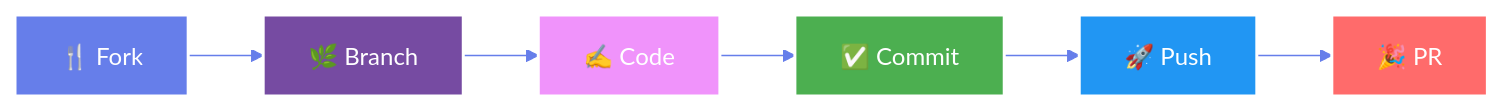
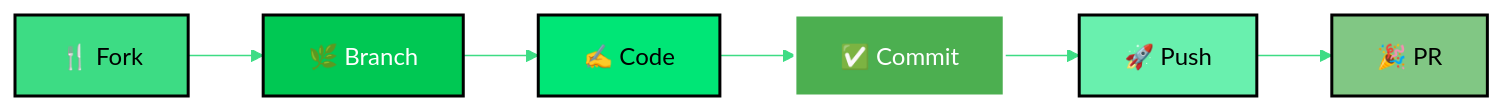
Before and after one commit to DAlgoSculptor/Alzajeera-News-App: the third of 3 diagrams in README.md, drawn with Mermaid. The commit also changed other lines of this file, not shown here.

````diff
--- a/README.md
+++ b/README.md
@@ -601,16 +803,16 @@
 ```mermaid
-%%{init: {'theme':'base', 'themeVariables': { 'primaryColor':'#667eea','primaryTextColor':'#fff','primaryBorderColor':'#764ba2','lineColor':'#667eea'}}}%%
+%%{init: {'theme':'base', 'themeVariables': { 'primaryColor':'#3DDC84','primaryTextColor':'#000','primaryBorderColor':'#00C853','lineColor':'#3DDC84'}}}%%
 graph LR
     A[🍴 Fork] --> B[🌿 Branch]
     B --> C[✍️ Code]
     C --> D[✅ Commit]
     D --> E[🚀 Push]
     E --> F[🎉 PR]
     
-    style A fill:#667eea,stroke:#fff,stroke-width:2px,color:#fff
-    style B fill:#764ba2,stroke:#fff,stroke-width:2px,color:#fff
-    style C fill:#f093fb,stroke:#fff,stroke-width:2px,color:#fff
+    style A fill:#3DDC84,stroke:#000,stroke-width:2px,color:#000
+    style B fill:#00C853,stroke:#000,stroke-width:2px,color:#fff
+    style C fill:#00E676,stroke:#000,stroke-width:2px,color:#000
     style D fill:#4CAF50,stroke:#fff,stroke-width:2px,color:#fff
-    style E fill:#2196F3,stroke:#fff,stroke-width:2px,color:#fff
-    style F fill:#FF6B6B,stroke:#fff,stroke-width:2px,color:#fff
+    style E fill:#69F0AE,stroke:#000,stroke-width:2px,color:#000
+    style F fill:#81C784,stroke:#000,stroke-width:2px,color:#000
 ```
````
